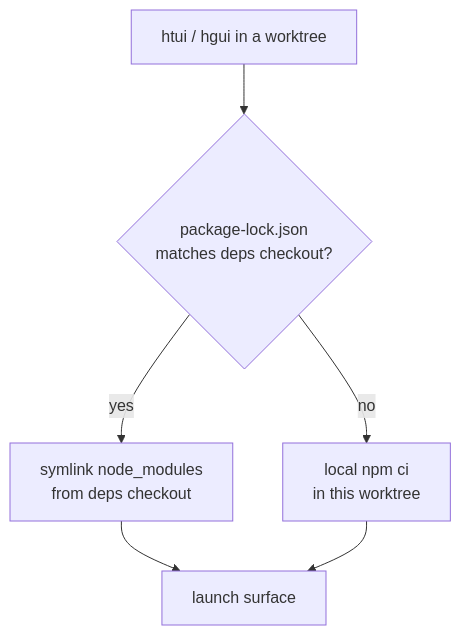
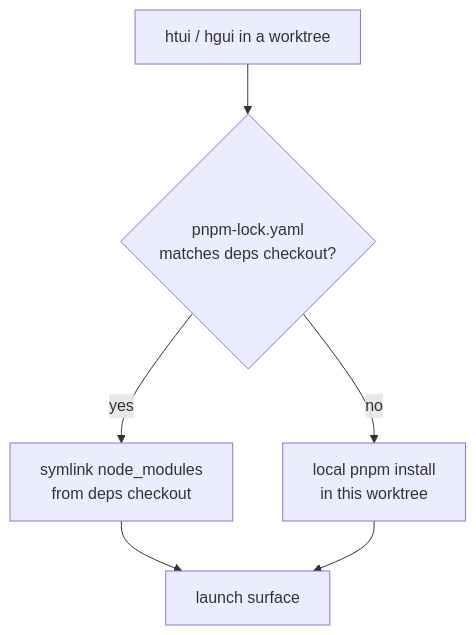
Before and after one commit to Sora-bluesky/winsmux-wiki: the diagram in public/hermes/raw/docs/developer-guide/worktree-ui-dev.md, drawn with Mermaid. The commit also changed other lines of this file and 85 other files, not shown here.

````diff
--- a/public/hermes/raw/docs/developer-guide/worktree-ui-dev.md
+++ b/public/hermes/raw/docs/developer-guide/worktree-ui-dev.md
@@ -23,8 +23,8 @@
 ```mermaid
 flowchart TD
-    A[htui / hgui in a worktree] --> B{package-lock.json<br/>matches deps checkout?}
+    A[htui / hgui in a worktree] --> B{pnpm-lock.yaml<br/>matches deps checkout?}
     B -- yes --> C[symlink node_modules<br/>from deps checkout]
-    B -- no --> D[local npm ci<br/>in this worktree]
+    B -- no --> D[local pnpm install<br/>in this worktree]
     C --> E[launch surface]
     D --> E
 ```
````
